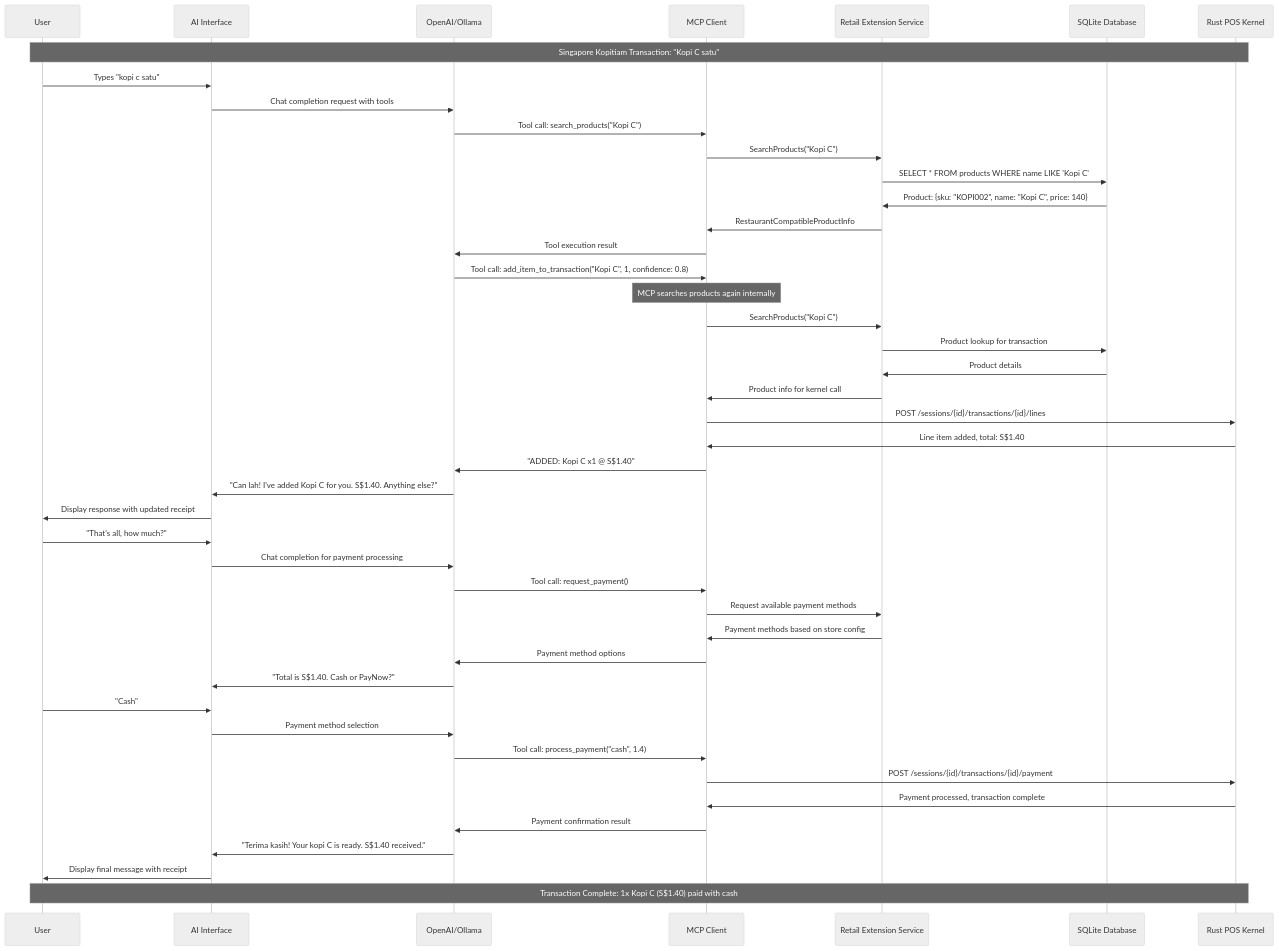
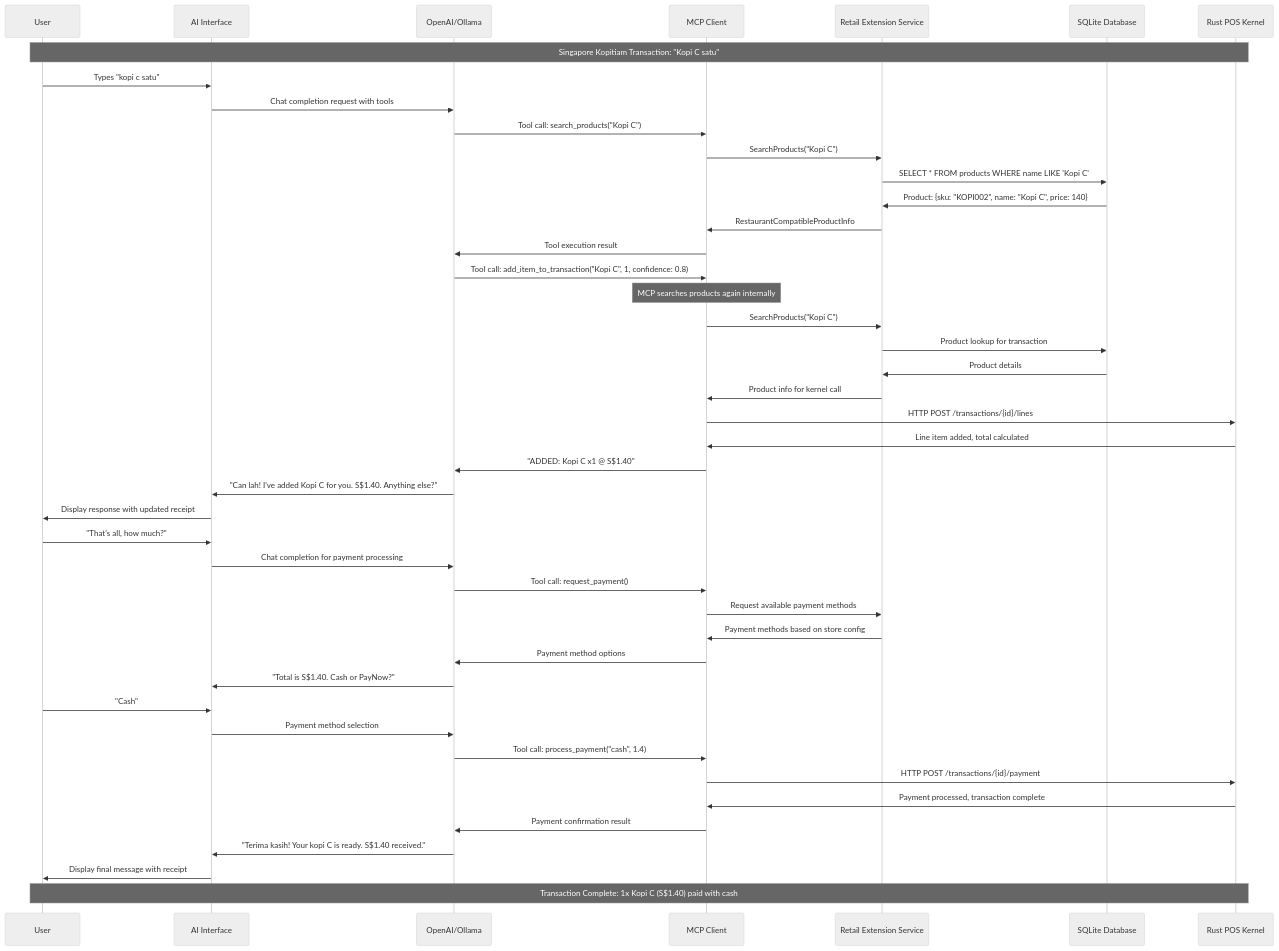
The third of 6 diagrams in README.md (paulmooreparks/PosKernel), drawn with Mermaid (neutral theme) before and after one commit. The commit also changed other lines of this file and 35 other files, not shown here.

````diff
--- a/README.md
+++ b/README.md
@@ -204,53 +189,53 @@
 ```mermaid
 sequenceDiagram
     participant U as User
     participant D as AI Interface
     participant AI as OpenAI/Ollama
     participant MCP as MCP Client
     participant R as Retail Extension Service
     participant DB as SQLite Database
     participant K as Rust POS Kernel
     
     Note over U,K: Singapore Kopitiam Transaction: "Kopi C satu"
     
     U->>D: Types "kopi c satu"
     D->>AI: Chat completion request with tools
     AI->>MCP: Tool call: search_products("Kopi C")
     MCP->>R: SearchProducts("Kopi C")
     R->>DB: SELECT * FROM products WHERE name LIKE 'Kopi C'
     DB->>R: Product: {sku: "KOPI002", name: "Kopi C", price: 140}
     R->>MCP: RestaurantCompatibleProductInfo
     MCP->>AI: Tool execution result
     
     AI->>MCP: Tool call: add_item_to_transaction("Kopi C", 1, confidence: 0.8)
     Note over MCP: MCP searches products again internally
     MCP->>R: SearchProducts("Kopi C")  
     R->>DB: Product lookup for transaction
     DB->>R: Product details  
     R->>MCP: Product info for kernel call
-    MCP->>K: POST /sessions/{id}/transactions/{id}/lines
-    K->>MCP: Line item added, total: S$1.40
+    MCP->>K: HTTP POST /transactions/{id}/lines
+    K->>MCP: Line item added, total calculated
     MCP->>AI: "ADDED: Kopi C x1 @ S$1.40"
     
     AI->>D: "Can lah! I've added Kopi C for you. S$1.40. Anything else?"
     D->>U: Display response with updated receipt
     
     U->>D: "That's all, how much?"
     D->>AI: Chat completion for payment processing
     AI->>MCP: Tool call: request_payment()
     MCP->>R: Request available payment methods
     R->>MCP: Payment methods based on store config
     MCP->>AI: Payment method options
     AI->>D: "Total is S$1.40. Cash or PayNow?"
     
     U->>D: "Cash"
     D->>AI: Payment method selection
     AI->>MCP: Tool call: process_payment("cash", 1.4)
-    MCP->>K: POST /sessions/{id}/transactions/{id}/payment
+    MCP->>K: HTTP POST /transactions/{id}/payment
     K->>MCP: Payment processed, transaction complete
     MCP->>AI: Payment confirmation result
     AI->>D: "Terima kasih! Your kopi C is ready. S$1.40 received."
     D->>U: Display final message with receipt
     
     Note over U,K: Transaction Complete: 1x Kopi C (S$1.40) paid with cash
 ```
````
